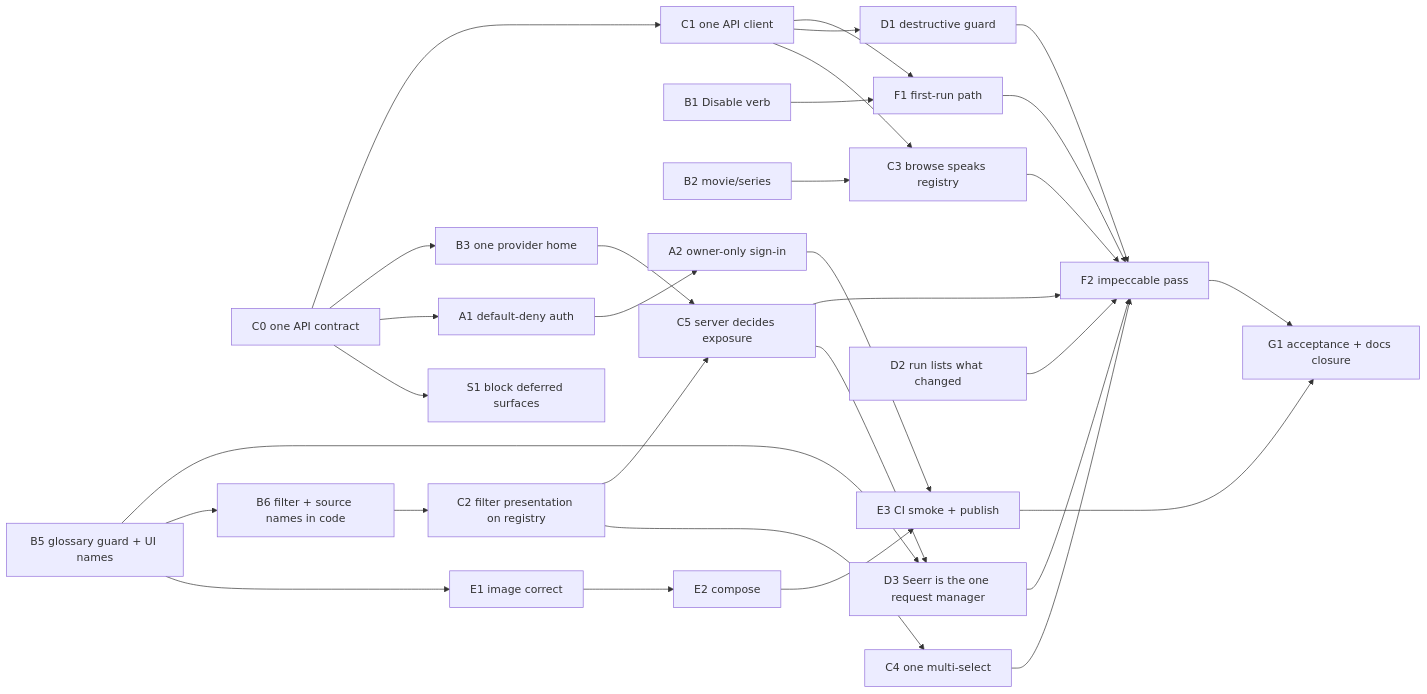
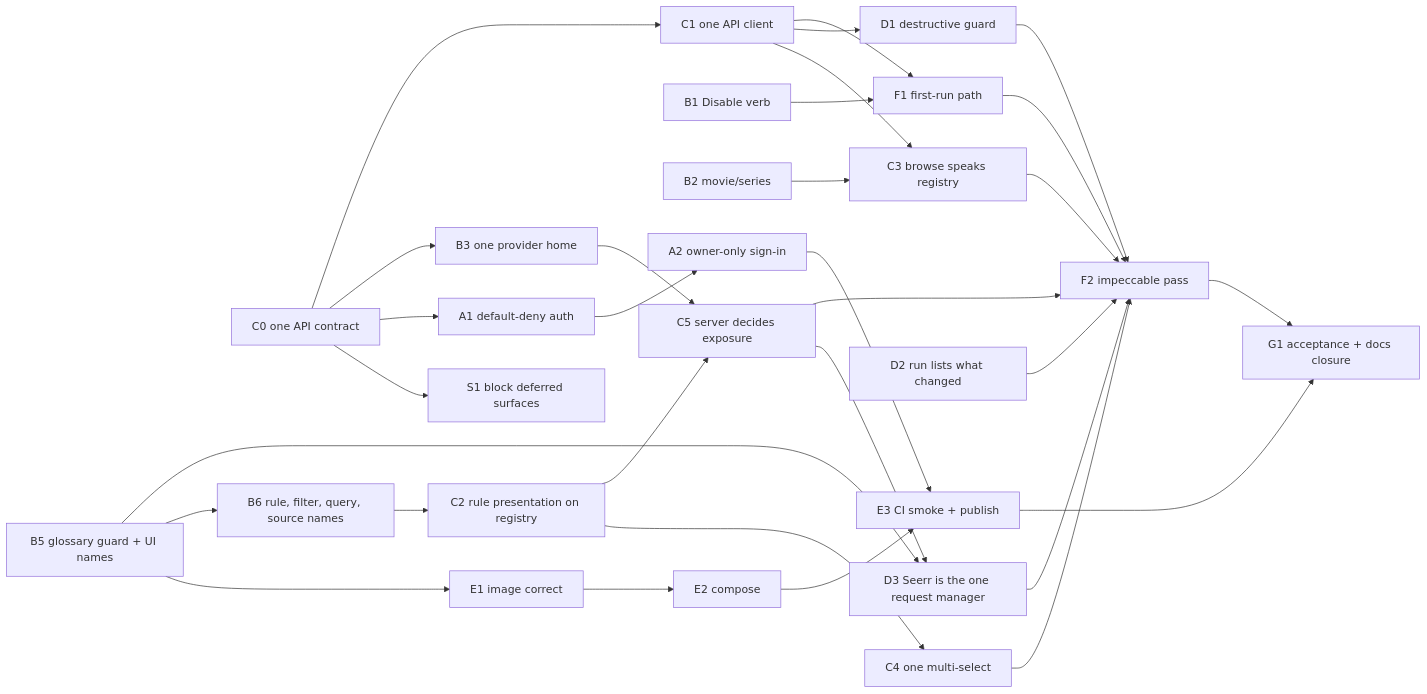
One commit to nokternol/warden changed the diagram in docs/in_progress/mvp/plan.md. Above: the diagram before and after it, drawn with Mermaid. The commit also changed other lines of this file, not shown here.

````diff
--- a/docs/in_progress/mvp/plan.md
+++ b/docs/in_progress/mvp/plan.md
@@ -259,24 +259,24 @@
 ```mermaid
 flowchart LR
   C0[C0 one API contract] --> S1[S1 block deferred surfaces]
   C0 --> A1[A1 default-deny auth]
   C0 --> B3[B3 one provider home]
   A1 --> A2[A2 owner-only sign-in]
   B1[B1 Disable verb] --> F1[F1 first-run path]
   B2[B2 movie/series] --> C3[C3 browse speaks registry]
   C0 --> C1[C1 one API client]
   B5[B5 glossary guard + UI names] --> E1
-  B5 --> B6[B6 filter + source names in code]
-  B6 --> C2[C2 filter presentation on registry]
+  B5 --> B6[B6 rule, filter, query, source names]
+  B6 --> C2[C2 rule presentation on registry]
   C1 --> C3
   C1 --> D1[D1 destructive guard]
   C1 --> F1
   C2 --> C4[C4 one multi-select]
   C2 & B3 --> C5[C5 server decides exposure]
   D2[D2 run lists what changed]
   B5 & C5 --> D3[D3 Seerr is the one request manager]
   E1[E1 image correct] --> E2[E2 compose] --> E3[E3 CI smoke + publish]
   A2 --> E3
   C3 & C4 & C5 & D1 & D2 & D3 & F1 --> F2[F2 impeccable pass]
   F2 & E3 --> G1[G1 acceptance + docs closure]
 ```
````
